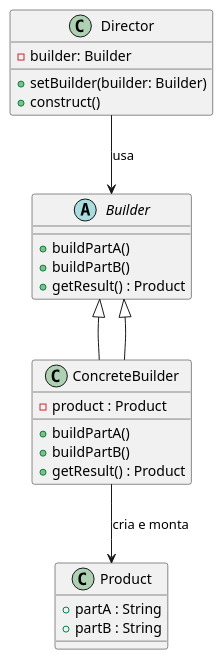
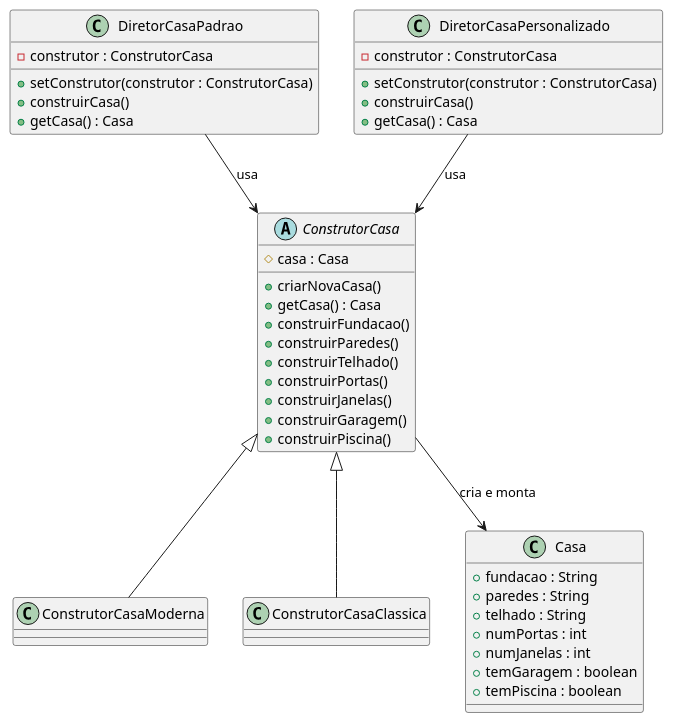
The second of 4 diagrams in README.md (20242-ifba-saj-ads-ppr/seminario-ppr-criacional-builder), drawn with PlantUML before and after one commit. The commit also changed other lines of this file and 11 other files, not shown here.

```diff
--- a/README.md
+++ b/README.md
@@ -44,37 +110,51 @@
 @startuml
-' Representação do Builder e seus participantes
-
-' Interface ou classe abstrata Builder, que especifica os métodos para construir partes do produto
-abstract class Builder {
-    + buildPartA()
-    + buildPartB()
-    + getResult() : Product
+' Abstract Builder: ConstrutorCasa com métodos para construir todas as partes
+abstract class ConstrutorCasa {
+    # casa : Casa
+    + criarNovaCasa()
+    + getCasa() : Casa
+    + construirFundacao()
+    + construirParedes()
+    + construirTelhado()
+    + construirPortas()
+    + construirJanelas()
+    + construirGaragem()
+    + construirPiscina()
 }
 
-' ConcreteBuilder que implementa a interface/abstrata Builder
-class ConcreteBuilder extends Builder {
-    - product : Product
-    + buildPartA()
-    + buildPartB()
-    + getResult() : Product
+' Concrete Builders
+class ConstrutorCasaModerna extends ConstrutorCasa
+class ConstrutorCasaClassica extends ConstrutorCasa
+
+' Director Padrão: utiliza sequência tradicional de construção
+class DiretorCasaPadrao {
+    - construtor : ConstrutorCasa
+    + setConstrutor(construtor : ConstrutorCasa)
+    + construirCasa()
+    + getCasa() : Casa
 }
 
-' Director, que utiliza a interface Builder para construir o produto
-class Director {
-    - builder: Builder
-    + setBuilder(builder: Builder)
-    + construct()
+' Director Personalizado: utiliza sequência customizada de construção
+class DiretorCasaPersonalizado {
+    - construtor : ConstrutorCasa
+    + setConstrutor(construtor : ConstrutorCasa)
+    + construirCasa()
+    + getCasa() : Casa
 }
 
-' Produto complexo que é montado pelo ConcreteBuilder
-class Product {
-    + partA : String
-    + partB : String
+' Produto: Casa com atributos adicionais
+class Casa {
+    + fundacao : String
+    + paredes : String
+    + telhado : String
+    + numPortas : int
+    + numJanelas : int
+    + temGaragem : boolean
+    + temPiscina : boolean
 }
 
-' Relacionamentos entre as classes
-Director --> Builder : "usa"
-Builder <|-- ConcreteBuilder
-ConcreteBuilder --> Product : "cria e monta"
+DiretorCasaPadrao --> ConstrutorCasa : "usa"
+DiretorCasaPersonalizado --> ConstrutorCasa : "usa"
+ConstrutorCasa --> Casa : "cria e monta"
 
 @enduml
```
